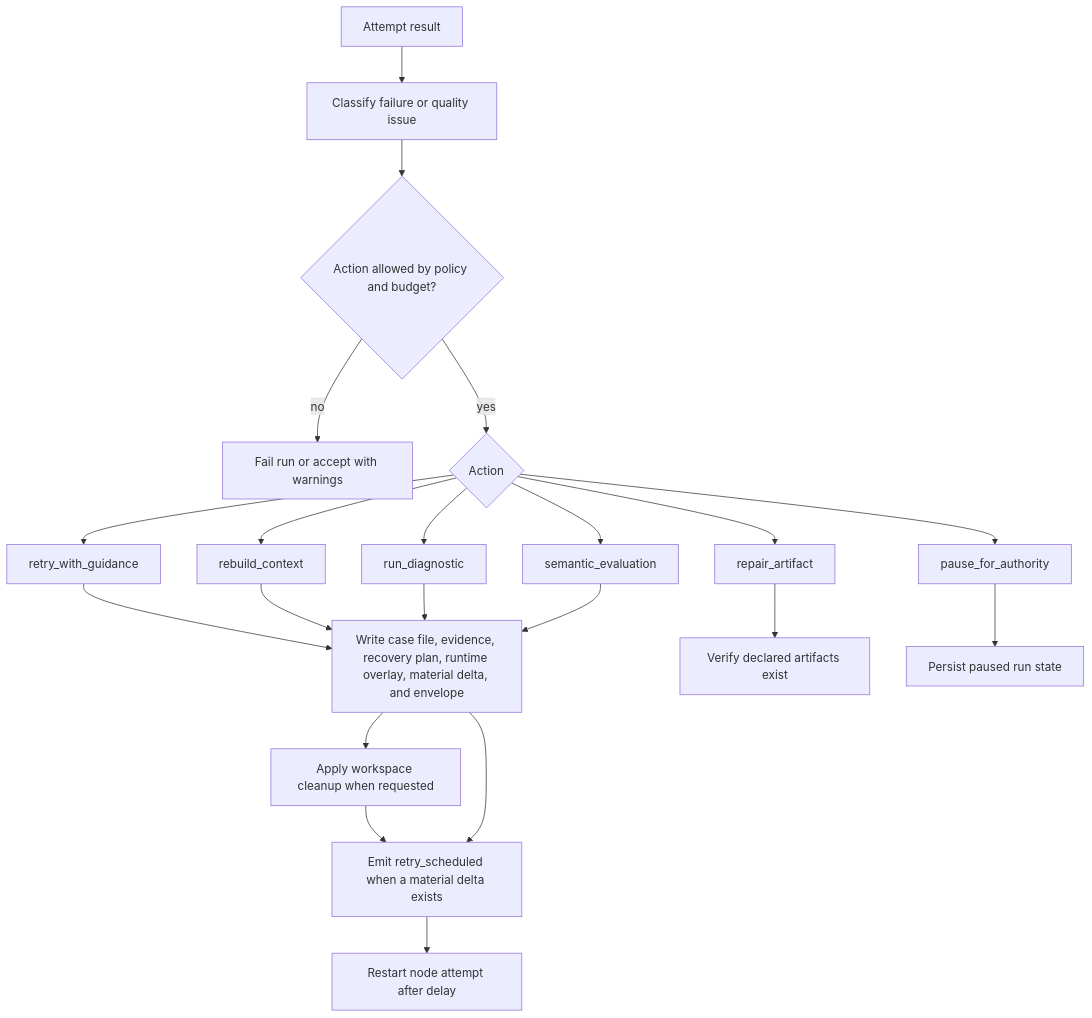
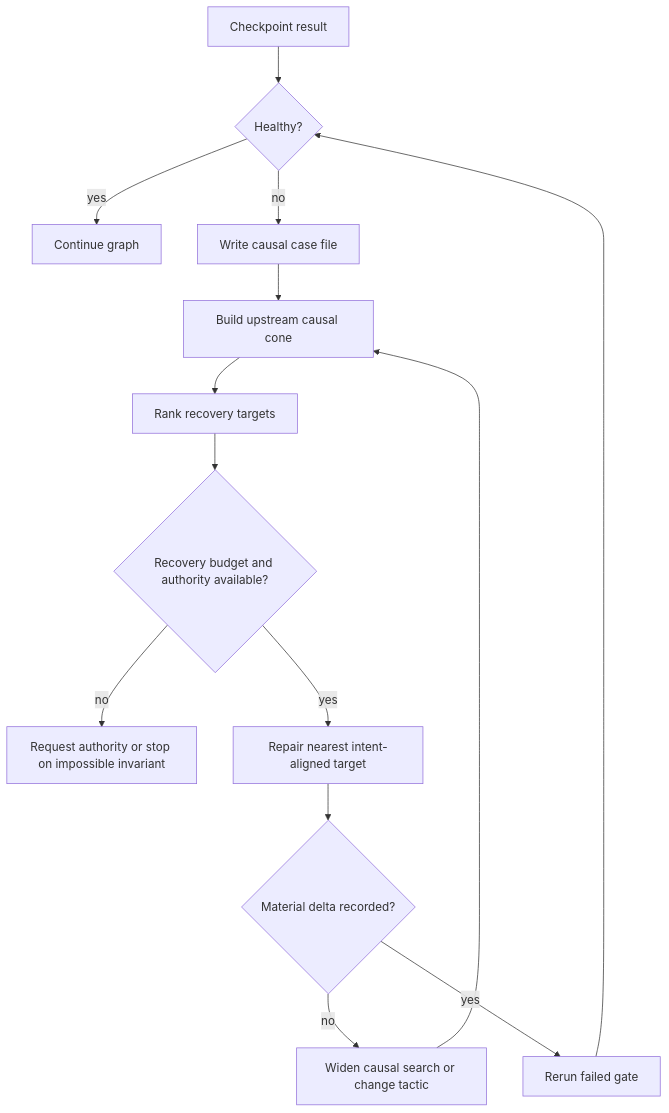
The third of 3 diagrams in docs/technical/runtime-lifecycle.md (koji98/agentflow), drawn with Mermaid before and after one commit. The commit also changed other lines of this file and 10 other files, not shown here.

````diff
--- a/docs/technical/runtime-lifecycle.md
+++ b/docs/technical/runtime-lifecycle.md
@@ -101,23 +101,16 @@
 ```mermaid
 flowchart TD
-  result["Attempt result"] --> classify["Classify failure or quality issue"]
-  classify --> budget{"Action allowed by policy and budget?"}
-  budget -- no --> fail["Fail run or accept with warnings"]
-  budget -- yes --> action{"Action"}
-  action --> retry["retry_with_guidance"]
-  action --> repair["repair_artifact"]
-  action --> rebuild["rebuild_context"]
-  action --> diagnostic["run_diagnostic"]
-  action --> semantic["semantic_evaluation"]
-  action --> pause["pause_for_authority"]
-  retry --> overlay["Write case file, evidence, recovery plan, runtime overlay, material delta, and envelope"]
-  rebuild --> overlay
-  diagnostic --> overlay
-  semantic --> overlay
-  overlay --> workspace["Apply workspace cleanup when requested"]
-  workspace --> schedule
-  overlay --> schedule["Emit retry_scheduled when a material delta exists"]
-  schedule --> rerun["Restart node attempt after delay"]
-  repair --> verify["Verify declared artifacts exist"]
-  pause --> persisted["Persist paused run state"]
+  checkpointResult["Checkpoint result"] --> healthy{"Healthy?"}
+  healthy -- yes --> continueGraph["Continue graph"]
+  healthy -- no --> caseFile["Write causal case file"]
+  caseFile --> cone["Build upstream causal cone"]
+  cone --> target["Rank recovery targets"]
+  target --> budget{"Recovery budget and authority available?"}
+  budget -- no --> authority["Request authority or stop on impossible invariant"]
+  budget -- yes --> repair["Repair nearest intent-aligned target"]
+  repair --> delta{"Material delta recorded?"}
+  delta -- no --> investigate["Widen causal search or change tactic"]
+  investigate --> cone
+  delta -- yes --> rerun["Rerun failed gate"]
+  rerun --> healthy
 ```
````
